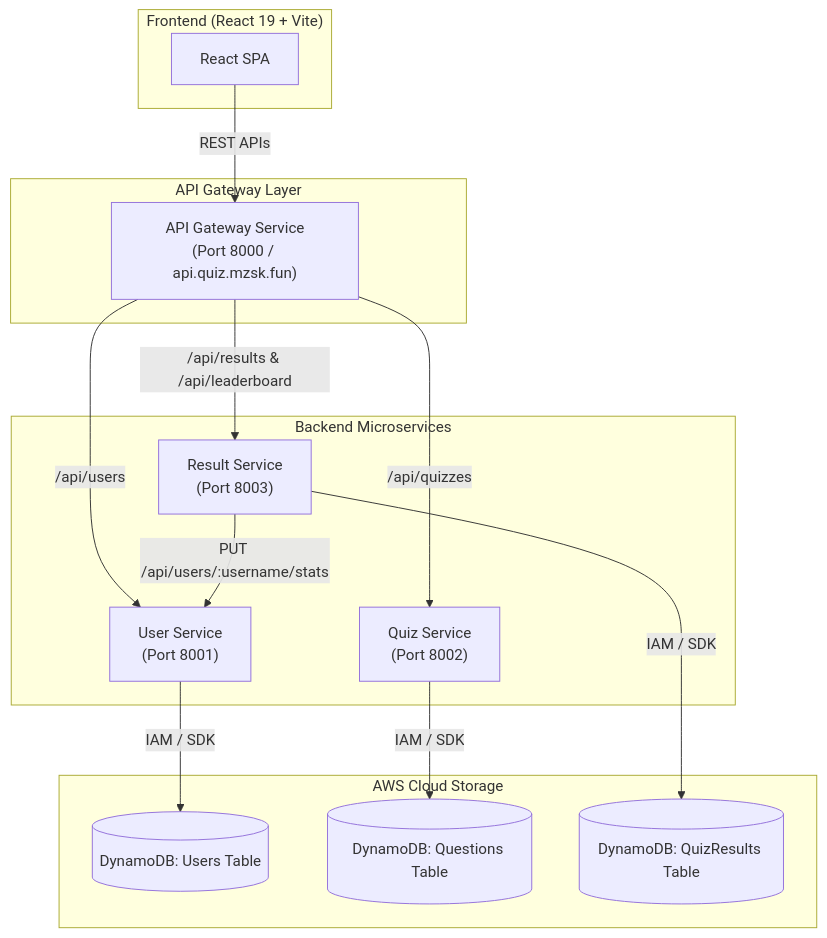
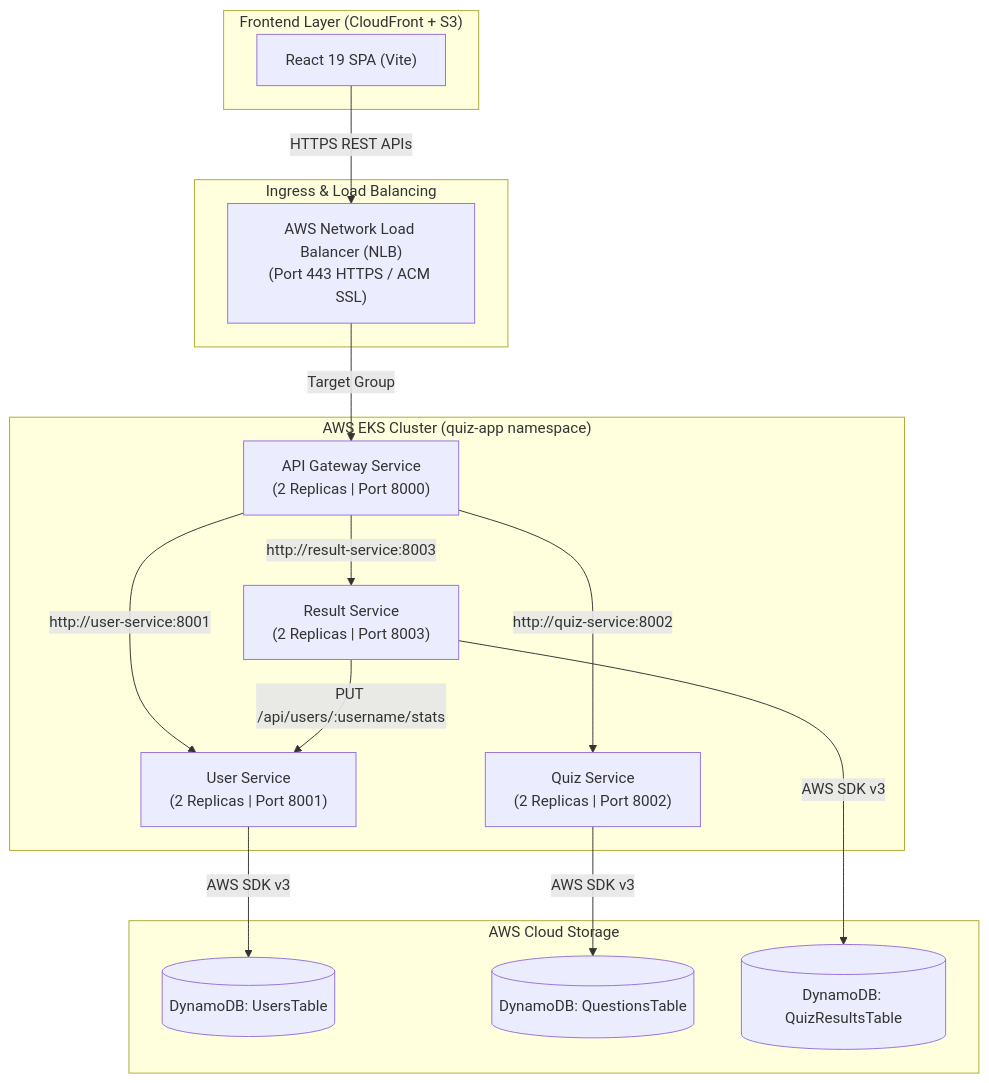
One commit to Omthakur03/Quiz-App changed the diagram in README.md. Above: the diagram before and after it, drawn with Mermaid. The commit also changed other lines of this file and 1 other file, not shown here.

````diff
--- a/README.md
+++ b/README.md
@@ -9,32 +9,34 @@
 ```mermaid
 flowchart TD
-    subgraph Client ["Frontend (React 19 + Vite)"]
-        UI["React SPA"]
+    subgraph Client ["Frontend Layer (CloudFront + S3)"]
+        UI["React 19 SPA (Vite)"]
     end
 
-    subgraph Gateway ["API Gateway Layer"]
-        GW["API Gateway Service\n(Port 8000 / api.quiz.mzsk.fun)"]
+    subgraph Ingress ["Ingress & Load Balancing"]
+        NLB["AWS Network Load Balancer (NLB)\n(Port 443 HTTPS / ACM SSL)"]
     end
 
-    subgraph Services ["Backend Microservices"]
-        US["User Service\n(Port 8001)"]
-        QS["Quiz Service\n(Port 8002)"]
-        RS["Result Service\n(Port 8003)"]
+    subgraph Kubernetes ["AWS EKS Cluster (quiz-app namespace)"]
+        GW["API Gateway Service\n(2 Replicas | Port 8000)"]
+        US["User Service\n(2 Replicas | Port 8001)"]
+        QS["Quiz Service\n(2 Replicas | Port 8002)"]
+        RS["Result Service\n(2 Replicas | Port 8003)"]
     end
 
     subgraph Database ["AWS Cloud Storage"]
-        DDB1[("DynamoDB: Users Table")]
-        DDB2[("DynamoDB: Questions Table")]
-        DDB3[("DynamoDB: QuizResults Table")]
+        DDB1[("DynamoDB: UsersTable")]
+        DDB2[("DynamoDB: QuestionsTable")]
+        DDB3[("DynamoDB: QuizResultsTable")]
     end
 
-    UI -->|REST APIs| GW
-    GW -->|/api/users| US
-    GW -->|/api/quizzes| QS
-    GW -->|/api/results & /api/leaderboard| RS
+    UI -->|HTTPS REST APIs| NLB
+    NLB -->|Target Group| GW
+    GW -->|http://user-service:8001| US
+    GW -->|http://quiz-service:8002| QS
+    GW -->|http://result-service:8003| RS
 
-    US -->|IAM / SDK| DDB1
-    QS -->|IAM / SDK| DDB2
-    RS -->|IAM / SDK| DDB3
+    US -->|AWS SDK v3| DDB1
+    QS -->|AWS SDK v3| DDB2
+    RS -->|AWS SDK v3| DDB3
     RS -->|PUT /api/users/:username/stats| US
 ```
````
